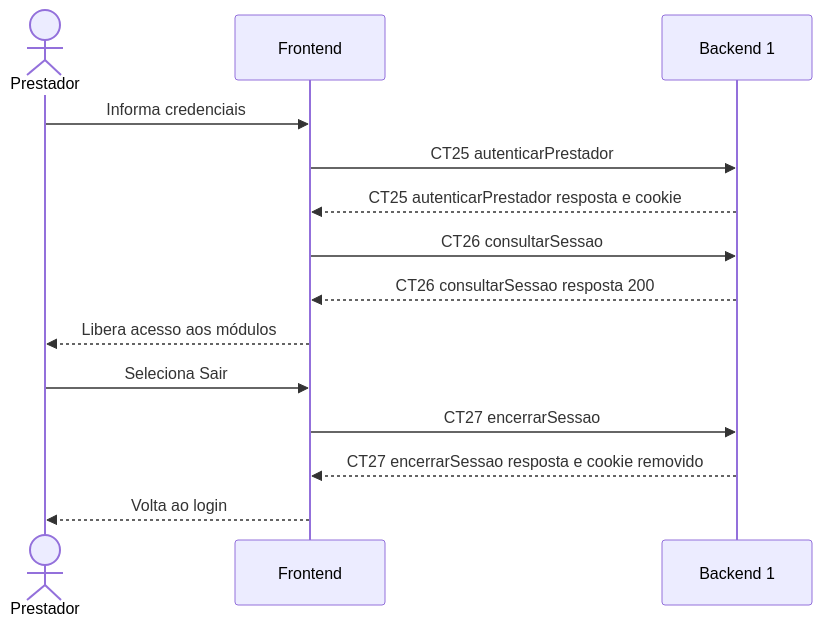
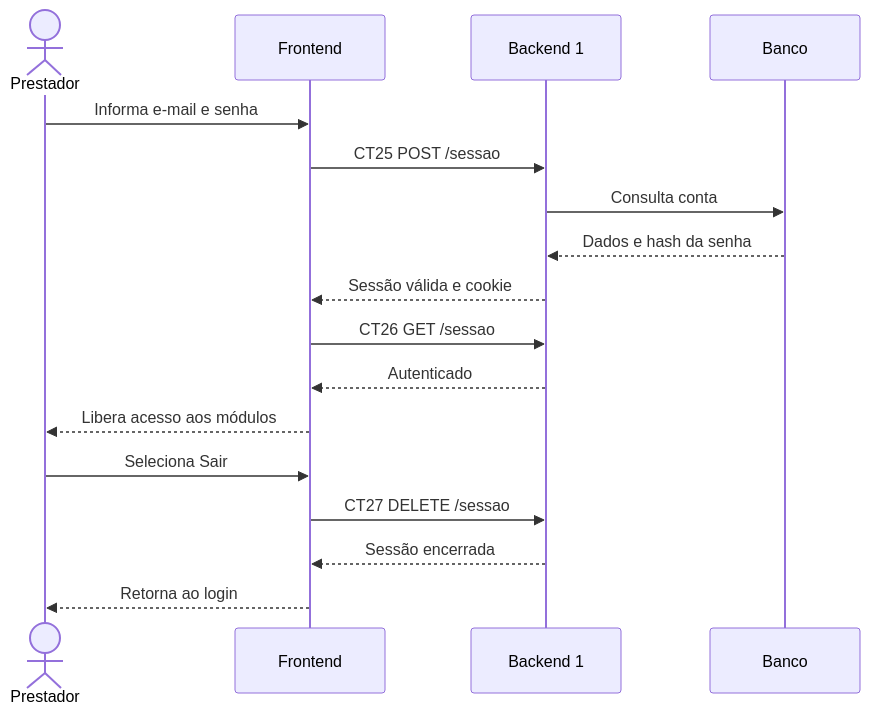
Before and after one commit to vnsete/pi4-0102-g3-frontend: the diagram in pi4-0102-g3-frontend/docs/fluxos/E0.md, drawn with Mermaid. The commit also changed other lines of this file, not shown here.

````diff
--- a/pi4-0102-g3-frontend/docs/fluxos/E0.md
+++ b/pi4-0102-g3-frontend/docs/fluxos/E0.md
@@ -19,16 +20,20 @@
 ```mermaid
 sequenceDiagram
     actor P as Prestador
     participant F as Frontend
     participant B1 as Backend 1
-    P->>F: Informa credenciais
-    F->>B1: CT25 autenticarPrestador
-    B1-->>F: CT25 autenticarPrestador resposta e cookie
-    F->>B1: CT26 consultarSessao
-    B1-->>F: CT26 consultarSessao resposta 200
+    participant DB as Banco
+
+    P->>F: Informa e-mail e senha
+    F->>B1: CT25 POST /sessao
+    B1->>DB: Consulta conta
+    DB-->>B1: Dados e hash da senha
+    B1-->>F: Sessão válida e cookie
+    F->>B1: CT26 GET /sessao
+    B1-->>F: Autenticado
     F-->>P: Libera acesso aos módulos
     P->>F: Seleciona Sair
-    F->>B1: CT27 encerrarSessao
-    B1-->>F: CT27 encerrarSessao resposta e cookie removido
-    F-->>P: Volta ao login
+    F->>B1: CT27 DELETE /sessao
+    B1-->>F: Sessão encerrada
+    F-->>P: Retorna ao login
 ```
````
